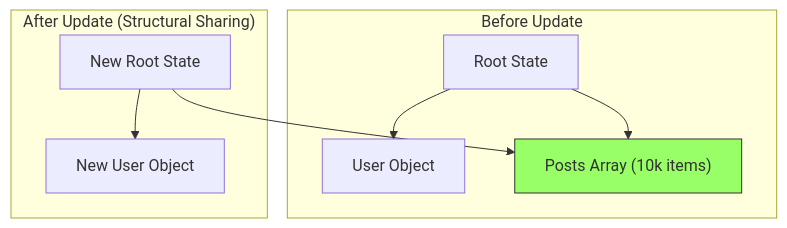
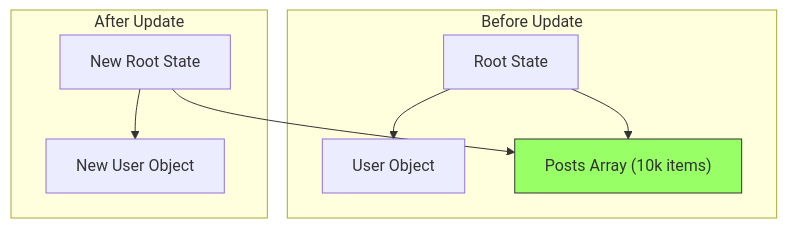
One commit to prakharp18/fdsheet changed the first of 2 diagrams in docs/structural-sharing.md. Above: the diagram before and after it, drawn with Mermaid. The commit also changed other lines of this file and 8 other files, not shown here.

````diff
--- a/docs/structural-sharing.md
+++ b/docs/structural-sharing.md
@@ -24,14 +32,14 @@
 ```mermaid
 graph TD
     subgraph "Before Update"
     StateA["Root State"] --> UserA["User Object"]
     StateA --> PostsA["Posts Array (10k items)"]
     end
     
-    subgraph "After Update (Structural Sharing)"
+    subgraph "After Update"
     StateB["New Root State"] --> UserB["New User Object"]
     StateB --> PostsA
     end
     
     style PostsA fill:#9f6,stroke:#333
 ```
````
